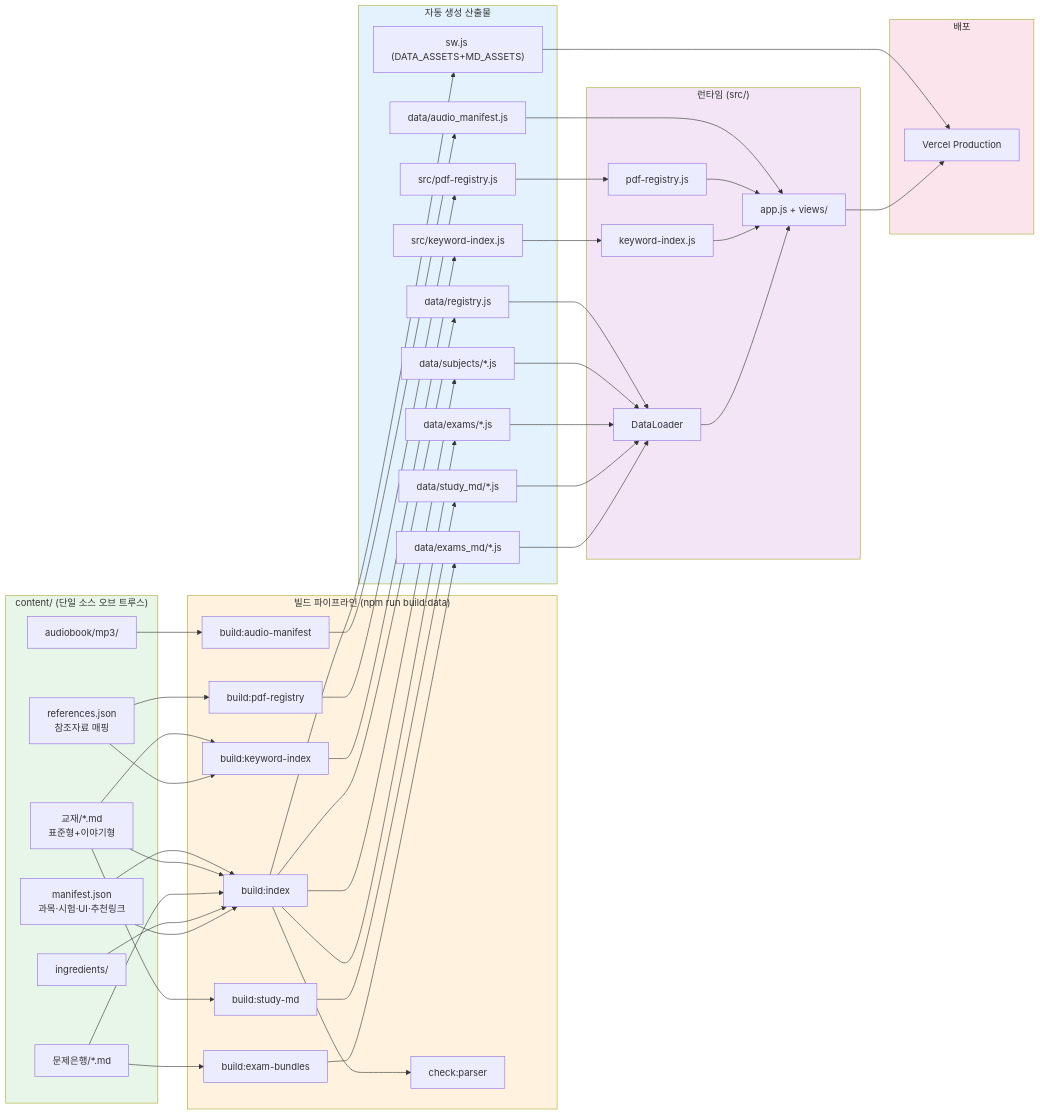
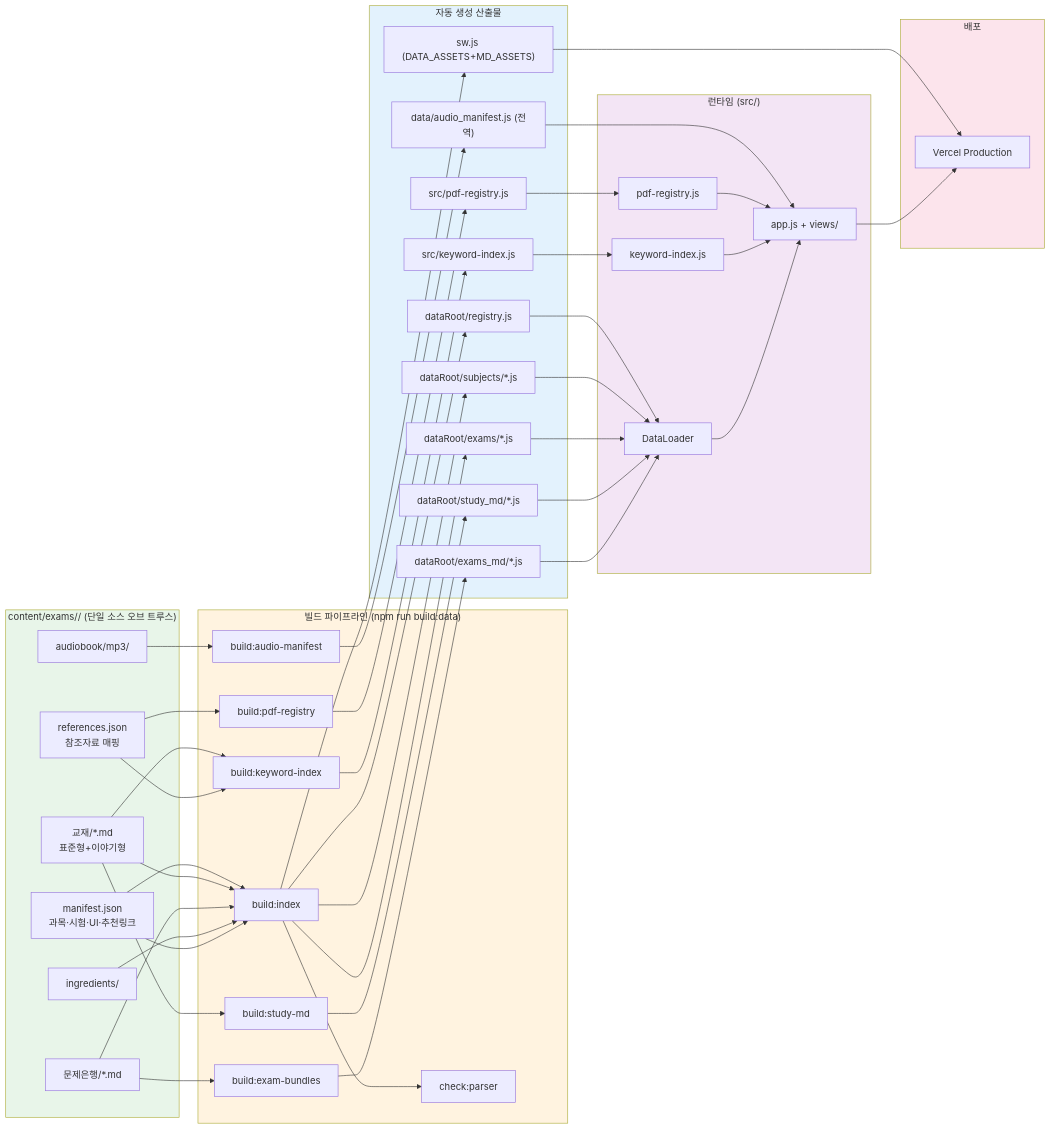
Before and after one commit to skygoldlee-cyber/Personalized_Skincare: the first of 5 diagrams in docs/dev/CONTENT_WORKFLOW.md, drawn with Mermaid. The commit also changed other lines of this file and 555 other files, not shown here.

First line of the commit message:
refactor: 완전 대칭 멀티시험 구조로 마이그레이션 (content/exams/cosmetic + data/exams/cosmetic)

````diff
--- a/docs/dev/CONTENT_WORKFLOW.md
+++ b/docs/dev/CONTENT_WORKFLOW.md
@@ -11,77 +11,77 @@
 ```mermaid
 flowchart LR
-    subgraph SSOT["content/ (단일 소스 오브 트루스)"]
+    subgraph SSOT["content/exams/<id>/ (단일 소스 오브 트루스)"]
         M["manifest.json<br/>과목·시험·UI·추천링크"]
         R["references.json<br/>참조자료 매핑"]
         T["교재/*.md<br/>표준형+이야기형"]
         E["문제은행/*.md"]
         A["audiobook/mp3/"]
         I["ingredients/"]
     end
 
     subgraph BUILD["빌드 파이프라인 (npm run build:data)"]
         B1["build:pdf-registry"]
         B2["build:keyword-index"]
         B3["build:index"]
         B4["build:study-md"]
         B5["build:exam-bundles"]
         B6["build:audio-manifest"]
         B7["check:parser"]
     end
 
     subgraph OUT["자동 생성 산출물"]
         O1["src/pdf-registry.js"]
         O2["src/keyword-index.js"]
-        O3["data/registry.js"]
-        O4["data/subjects/*.js"]
-        O5["data/exams/*.js"]
-        O6["data/study_md/*.js"]
-        O7["data/exams_md/*.js"]
-        O8["data/audio_manifest.js"]
+        O3["dataRoot/registry.js"]
+        O4["dataRoot/subjects/*.js"]
+        O5["dataRoot/exams/*.js"]
+        O6["dataRoot/study_md/*.js"]
+        O7["dataRoot/exams_md/*.js"]
+        O8["data/audio_manifest.js (전역)"]
         O9["sw.js (DATA_ASSETS+MD_ASSETS)"]
     end
 
     subgraph RUNTIME["런타임 (src/)"]
         App["app.js + views/"]
         DL["DataLoader"]
         RR["pdf-registry.js"]
         KI["keyword-index.js"]
     end
 
     subgraph DEPLOY["배포"]
         V["Vercel Production"]
     end
 
     R --> B1 --> O1
     T --> B2
     R --> B2 --> O2
     M --> B3
     T --> B3 --> O3
     E --> B3 --> O4
     I --> B3 --> O5
     M --> B3 --> O9
     T --> B4 --> O6
     E --> B5 --> O7
     A --> B6 --> O8
     B3 --> B7
 
     O1 --> RR
     O2 --> KI
     O3 --> DL
     O4 --> DL
     O5 --> DL
     O6 --> DL
     O7 --> DL
     O8 --> App
     O9 --> V
     RR --> App
     KI --> App
     DL --> App
     App --> V
 
     style SSOT fill:#e8f5e9
     style BUILD fill:#fff3e0
     style OUT fill:#e3f2fd
     style RUNTIME fill:#f3e5f5
     style DEPLOY fill:#fce4ec
 ```
````
